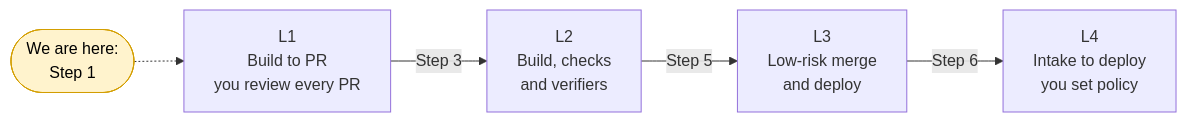
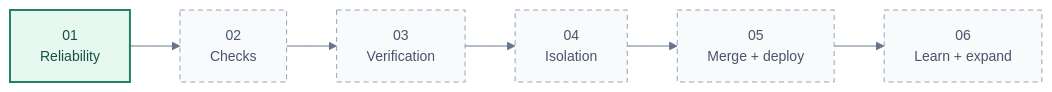
One commit to harry738/HyperSoftwareFactory changed the second of 3 diagrams in README.md. Above: the diagram before and after it, drawn with Mermaid. The commit also changed other lines of this file and 13 other files, not shown here.

````diff
--- a/README.md
+++ b/README.md
@@ -229,10 +138,14 @@
 ```mermaid
+%%{init: {"theme": "base", "themeVariables": {"fontFamily": "system-ui, sans-serif", "fontSize": "14px", "lineColor": "#64748b"}}}%%
 flowchart LR
-    L1["L1<br/>Build to PR<br/>you review every PR"] -- "Step 3" --> L2["L2<br/>Build, checks<br/>and verifiers"]
-    L2 -- "Step 5" --> L3["L3<br/>Low-risk merge<br/>and deploy"]
-    L3 -- "Step 6" --> L4["L4<br/>Intake to deploy<br/>you set policy"]
-    NOW(["We are here:<br/>Step 1"]) -.-> L1
+    S1["01<br/>Reliability"] --> S2["02<br/>Checks"]
+    S2 --> S3["03<br/>Verification"]
+    S3 --> S4["04<br/>Isolation"]
+    S4 --> S5["05<br/>Merge + deploy"]
+    S5 --> S6["06<br/>Learn + expand"]
 
-    classDef now fill:#fff3cd,stroke:#d39e00,color:#000
-    class NOW now
+    classDef current fill:#e7f8f1,stroke:#218364,stroke-width:2px,color:#14523f
+    classDef future fill:#f8fafc,stroke:#94a3b8,stroke-dasharray:5 4,color:#475569
+    class S1 current
+    class S2,S3,S4,S5,S6 future
 ```
````
